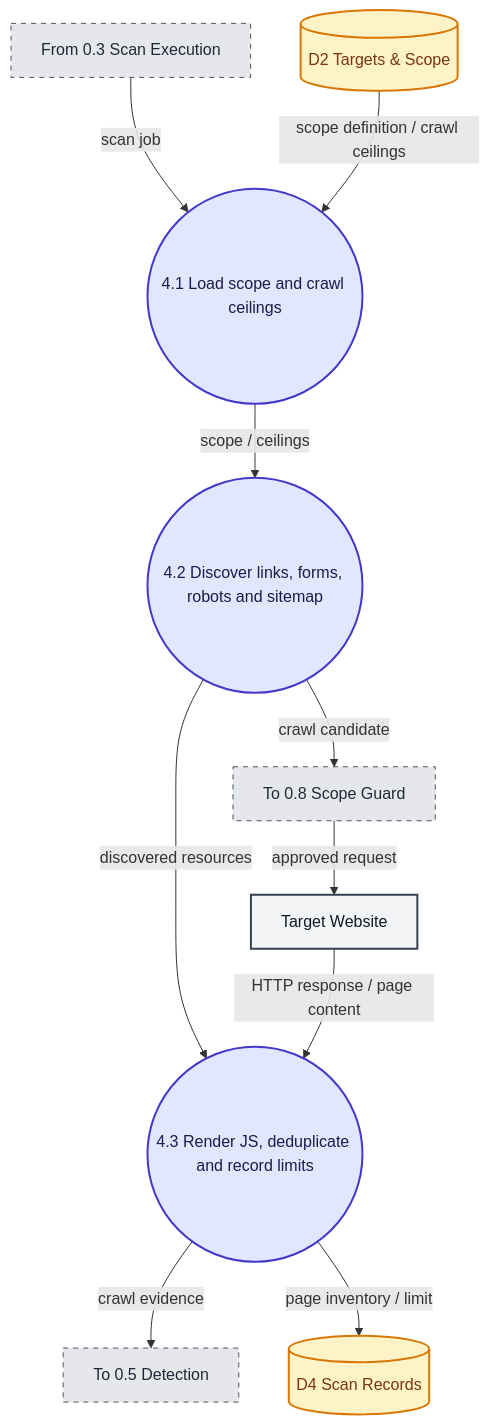
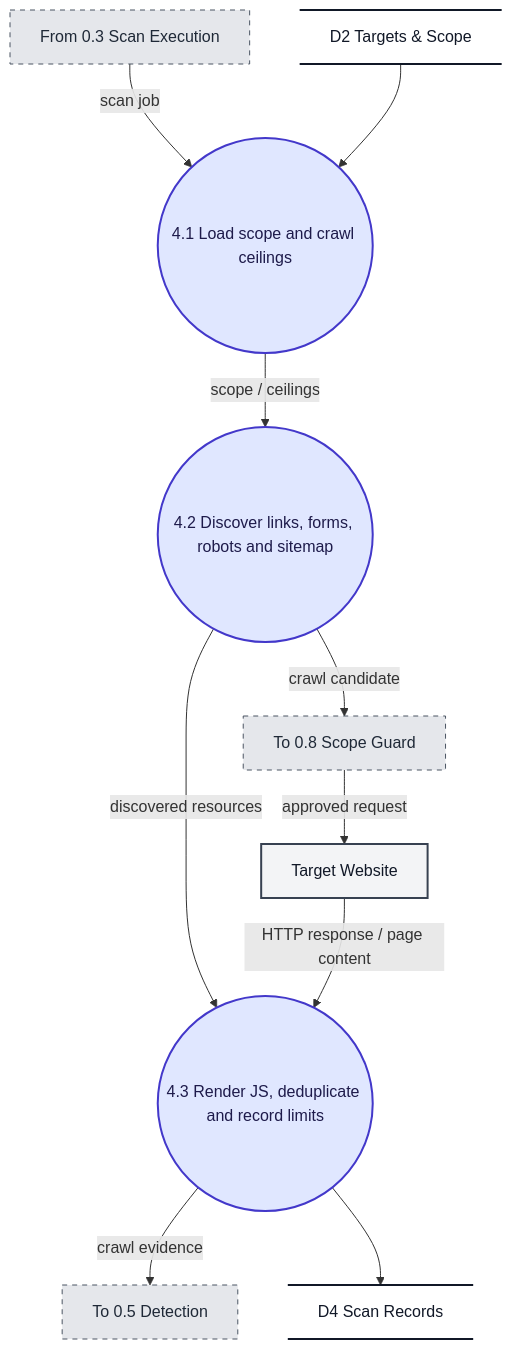
The sixth of 10 diagrams in docs/Website_Vulnerability_Scanner_DFD.md (ksacheth/software-engineering), drawn with Mermaid before and after one commit. The commit also changed other lines of this file and 25 other files, not shown here.

Commit message:
docs(dfd): standardize data store flows

````diff
--- a/docs/Website_Vulnerability_Scanner_DFD.md
+++ b/docs/Website_Vulnerability_Scanner_DFD.md
@@ -238,37 +243,37 @@
 ```mermaid
 flowchart TD
     %% Level 2 DFD - F.4 Discovery (Crawling)
 
     I_From["From 0.3 Scan Execution"]
     I_To["To 0.5 Detection"]
     I_ScopeGuard["To 0.8 Scope Guard"]
 
     P41(("4.1 Load scope and crawl ceilings"))
     P42(("4.2 Discover links, forms, robots and sitemap"))
     P43(("4.3 Render JS, deduplicate and record limits"))
 
-    D2[("D2 Targets & Scope")]
-    D4[("D4 Scan Records")]
+    D2@{ shape: datastore, label: "D2 Targets & Scope" }
+    D4@{ shape: datastore, label: "D4 Scan Records" }
     Target["Target Website"]
 
     I_From -->|"scan job"| P41
     P41 -->|"scope / ceilings"| P42
     P42 -->|"discovered resources"| P43
     P43 -->|"crawl evidence"| I_To
 
-    D2 -->|"scope definition / crawl ceilings"| P41
+    D2 --> P41
     P42 -->|"crawl candidate"| I_ScopeGuard
     I_ScopeGuard -->|"approved request"| Target
     Target -->|"HTTP response / page content"| P43
-    P43 -->|"page inventory / limit"| D4
+    P43 --> D4
 
     %% Styling
     classDef process fill:#e0e7ff,stroke:#4338ca,stroke-width:2px,color:#1e1b4b;
     classDef entity fill:#f3f4f6,stroke:#374151,stroke-width:2px,color:#111827;
-    classDef store fill:#fef3c7,stroke:#d97706,stroke-width:2px,color:#78350f;
+    classDef store fill:transparent,stroke:#111827,stroke-width:2px,color:#111827;
     classDef iface fill:#e5e7eb,stroke:#4b5563,stroke-width:1px,stroke-dasharray: 5 5,color:#1f2937;
     class P41,P42,P43 process;
     class Target entity;
     class D2,D4 store;
     class I_From,I_To,I_ScopeGuard iface;
 ```
````
